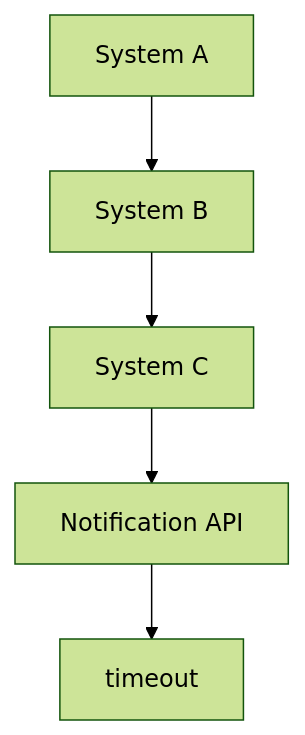
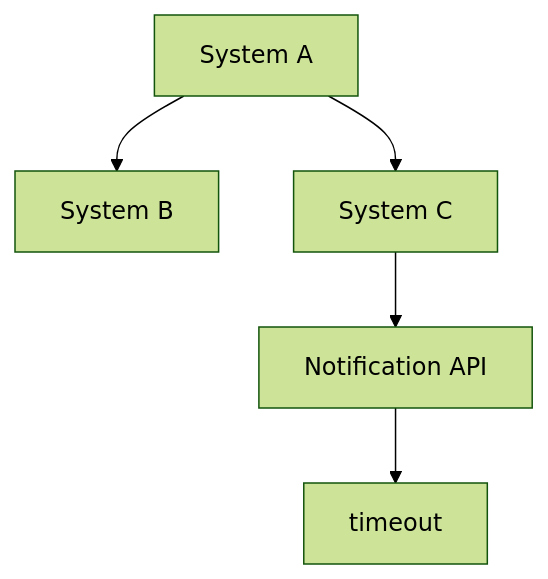
The third of 6 diagrams in src/content/blog/trace-id-is-not-transaction-id.md (mytheondev/mytheondev), drawn with Mermaid (forest theme) before and after one commit. The commit also changed other lines of this file and 27 other files, not shown here.

````diff
--- a/src/content/blog/trace-id-is-not-transaction-id.md
+++ b/src/content/blog/trace-id-is-not-transaction-id.md
@@ -127,7 +130,7 @@
 ```mermaid
 flowchart TD
   SystemA[System A] --> SystemB[System B]
-  SystemB --> SystemC[System C]
+  SystemA --> SystemC[System C]
   SystemC --> Notify[Notification API]
   Notify --> Timeout[timeout]
 ```
````
